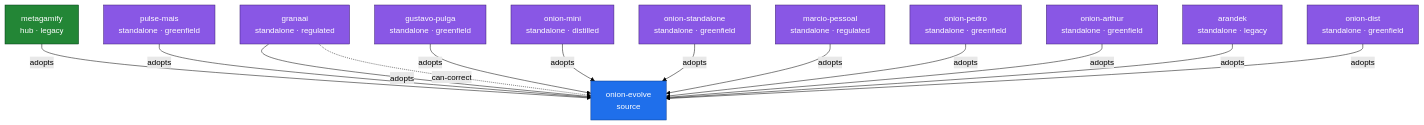
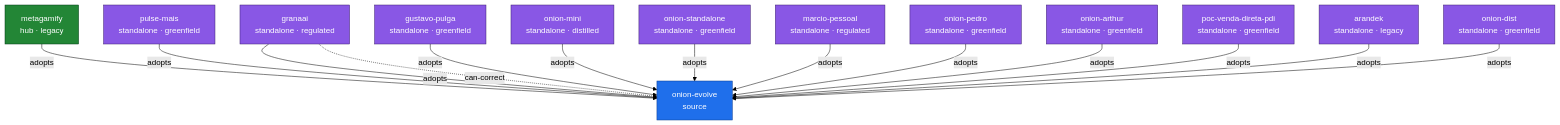
One commit to marciocar/onion-evolve changed the diagram in docs/onion/federation-map.md. Above: the diagram before and after it, drawn with Mermaid (forest theme). The commit also changed other lines of this file and 8 other files, not shown here.

````diff
--- a/docs/onion/federation-map.md
+++ b/docs/onion/federation-map.md
@@ -6,30 +6,32 @@
 ```mermaid
 flowchart TD
   onion_evolve["onion-evolve<br/>source"]:::source
   metagamify["metagamify<br/>hub · legacy"]:::hub
   pulse_mais["pulse-mais<br/>standalone · greenfield"]:::standalone
   granaai["granaai<br/>standalone · regulated"]:::standalone
   gustavo_pulga["gustavo-pulga<br/>standalone · greenfield"]:::standalone
   onion_mini["onion-mini<br/>standalone · distilled"]:::standalone
   onion_standalone["onion-standalone<br/>standalone · greenfield"]:::standalone
   marcio_pessoal["marcio-pessoal<br/>standalone · regulated"]:::standalone
   onion_pedro["onion-pedro<br/>standalone · greenfield"]:::standalone
   onion_arthur["onion-arthur<br/>standalone · greenfield"]:::standalone
+  poc_venda_direta_pdi["poc-venda-direta-pdi<br/>standalone · greenfield"]:::standalone
   arandek["arandek<br/>standalone · legacy"]:::standalone
   onion_dist["onion-dist<br/>standalone · greenfield"]:::standalone
   metagamify -->|adopts| onion_evolve
   pulse_mais -->|adopts| onion_evolve
   granaai -->|adopts| onion_evolve
   granaai -.->|can-correct| onion_evolve
   gustavo_pulga -->|adopts| onion_evolve
   onion_mini -->|adopts| onion_evolve
   onion_standalone -->|adopts| onion_evolve
   marcio_pessoal -->|adopts| onion_evolve
   onion_pedro -->|adopts| onion_evolve
   onion_arthur -->|adopts| onion_evolve
+  poc_venda_direta_pdi -->|adopts| onion_evolve
   arandek -->|adopts| onion_evolve
   onion_dist -->|adopts| onion_evolve
   classDef source fill:#1f6feb,color:#fff,stroke:#0b3d91;
   classDef hub fill:#238636,color:#fff,stroke:#033a16;
   classDef standalone fill:#8957e5,color:#fff,stroke:#3c1e70;
 ```
````
